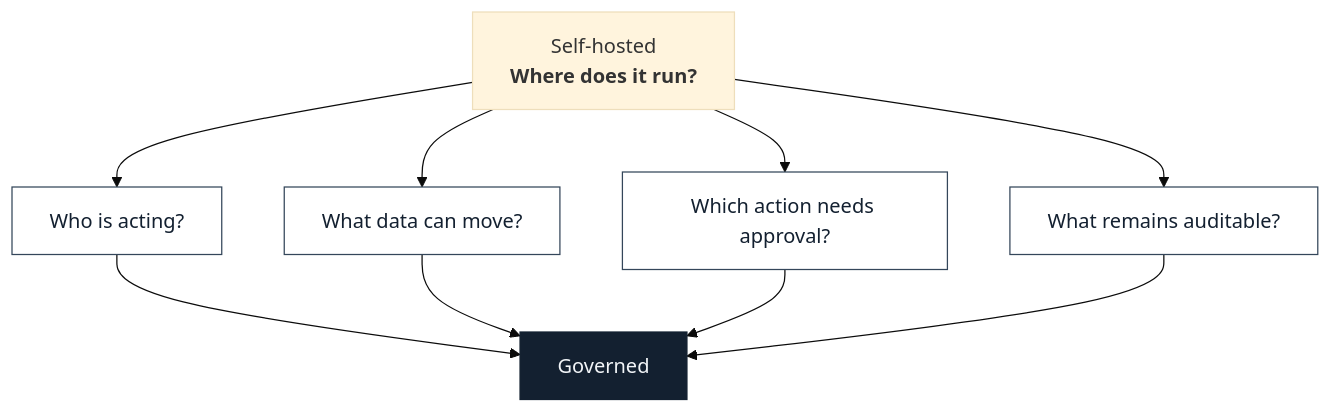
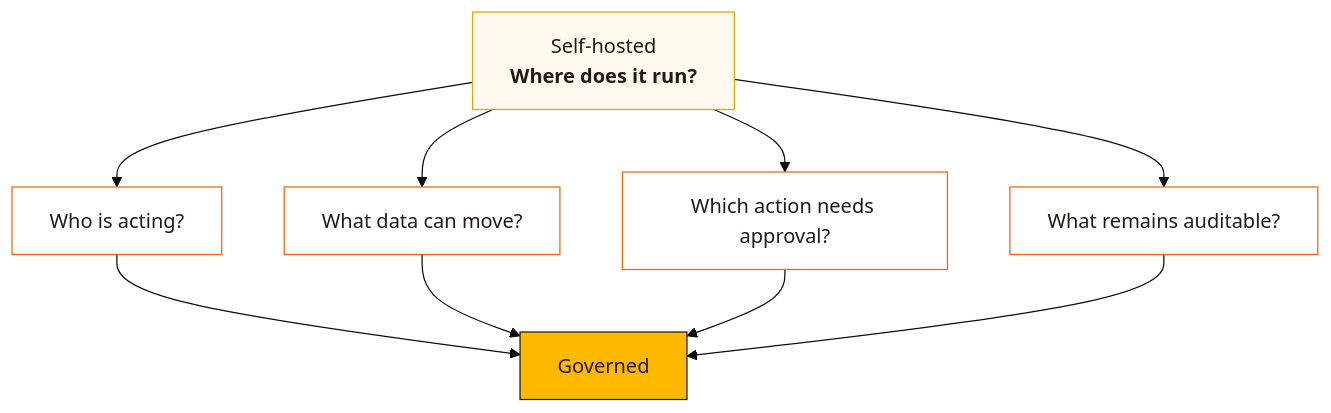
The diagram in docs/governance.md (pswider/autopilot-scout-apac), drawn with Mermaid (base theme) before and after one commit. The commit also changed 10 other files, not shown here.

````diff
--- a/docs/governance.md
+++ b/docs/governance.md
@@ -5,14 +5,15 @@
 ```mermaid
 flowchart TB
     H["Self-hosted<br/><b>Where does it run?</b>"]
     H --> Q1["Who is acting?"]
     H --> Q2["What data can move?"]
     H --> Q3["Which action needs approval?"]
     H --> Q4["What remains auditable?"]
     Q1 & Q2 & Q3 & Q4 --> G["Governed"]
 
-    classDef q fill:#FFFFFF,stroke:#34465A,color:#132030
-    classDef g fill:#132030,stroke:#132030,color:#F2F5F8
+    classDef default fill:#FFF9F0,stroke:#EAA300,color:#241A12
+    classDef q fill:#FFFFFF,stroke:#F7630C,color:#241A12
+    classDef g fill:#FFB900,stroke:#241A12,color:#241A12
     class Q1,Q2,Q3,Q4 q
     class G g
 ```
````
